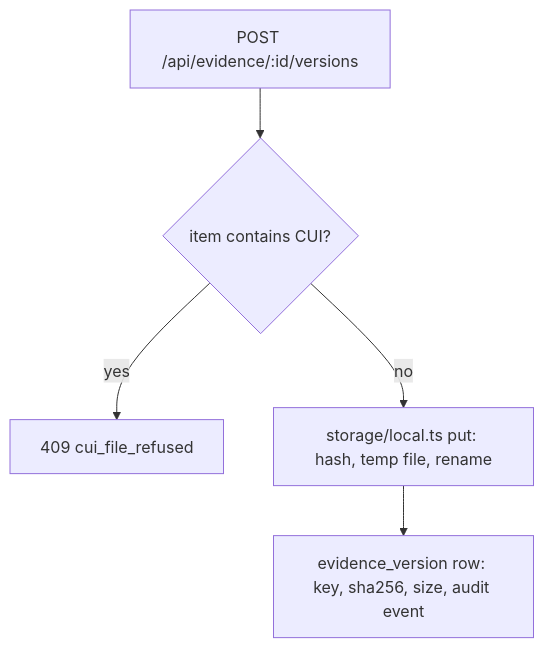
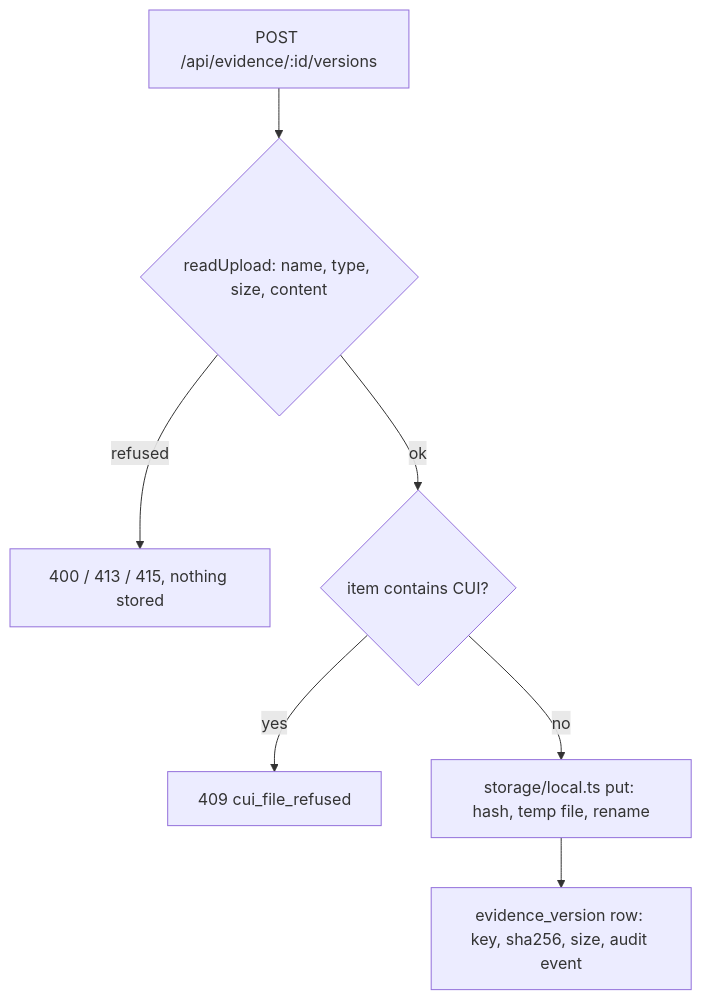
Before and after one commit to haophn01/fun-thinking-rampart: the diagram in pod-docs/feature-details/evidence.md, drawn with Mermaid. The commit also changed other lines of this file and 20 other files, not shown here.

````diff
--- a/pod-docs/feature-details/evidence.md
+++ b/pod-docs/feature-details/evidence.md
@@ -7,7 +7,9 @@
 ```mermaid
 flowchart TD
-  U[POST /api/evidence/:id/versions] --> F{item contains CUI?}
+  U[POST /api/evidence/:id/versions] --> R{readUpload: name, type, size, content}
+  R -- refused --> Q[400 / 413 / 415, nothing stored]
+  R -- ok --> F{item contains CUI?}
   F -- yes --> X[409 cui_file_refused]
   F -- no --> S[storage/local.ts put: hash, temp file, rename]
   S --> V[evidence_version row: key, sha256, size, audit event]
 ```
````
